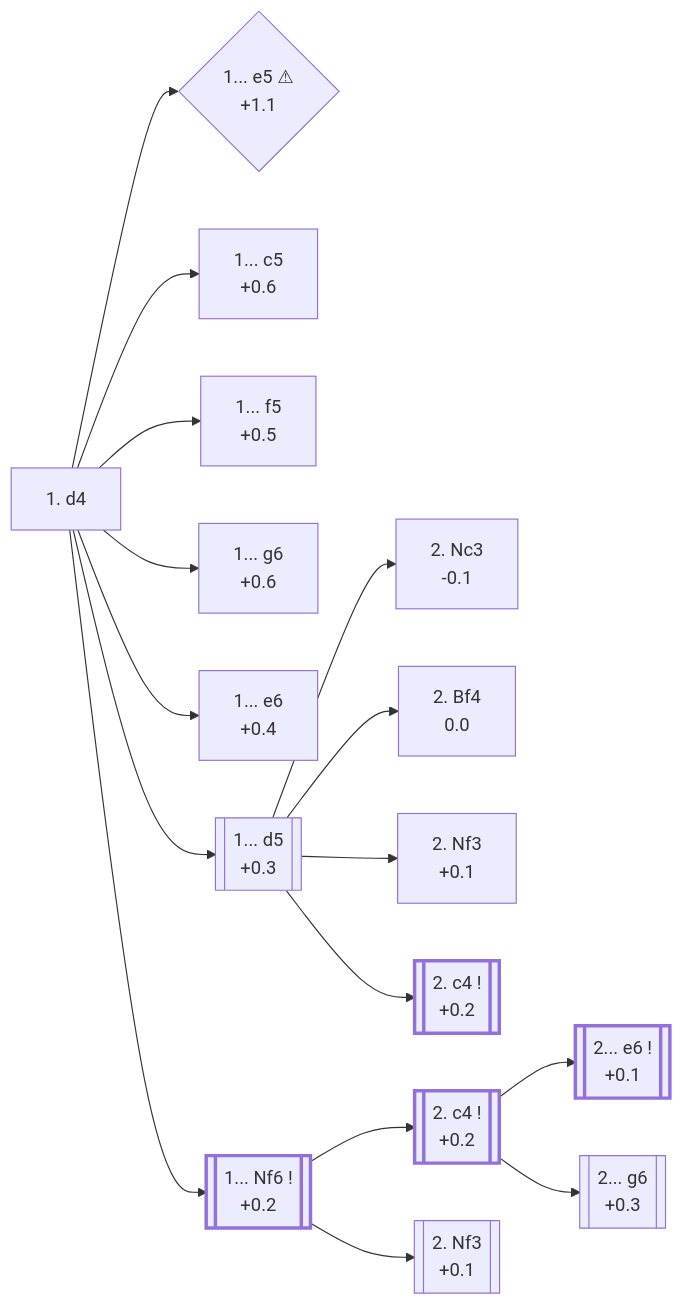
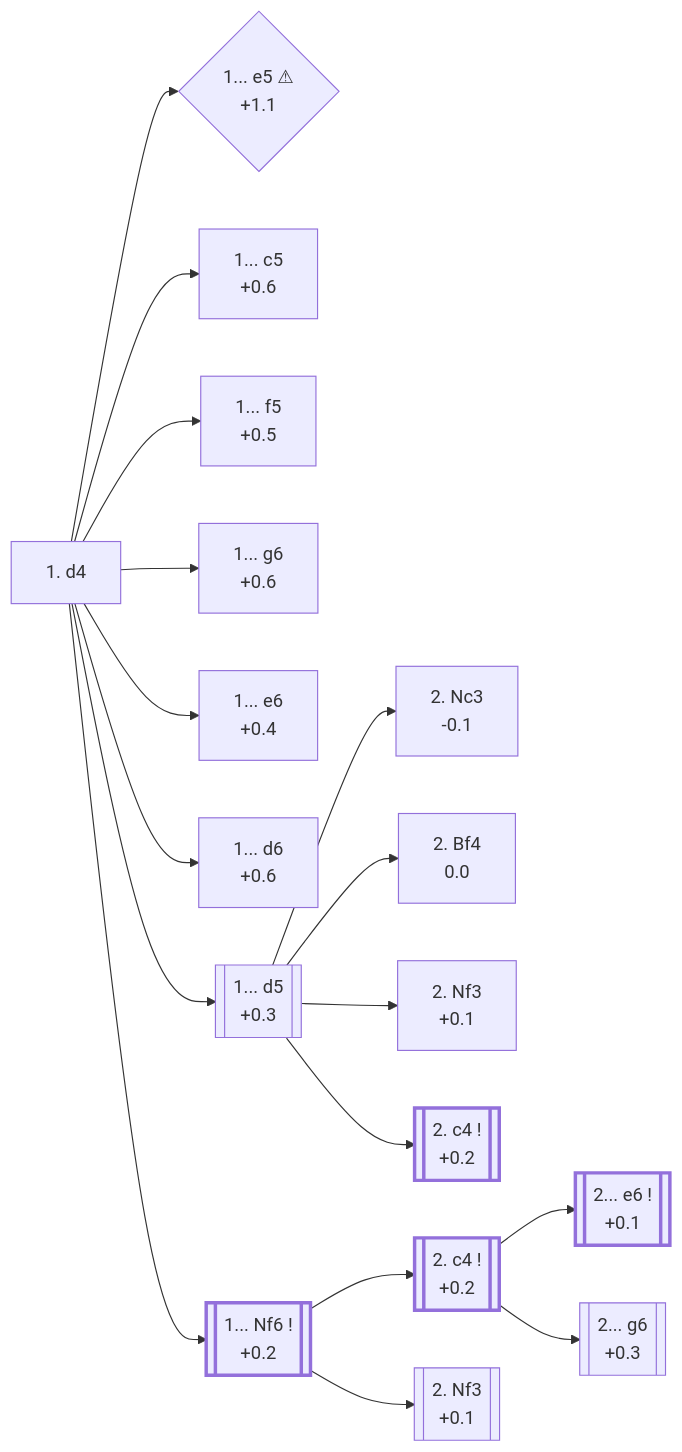
The diagram in d4_openings/A40_QPG.md (onclemarcel/chess_flashcards), drawn with Mermaid before and after one commit. The commit also changed other lines of this file and 24 other files, not shown here.

````diff
--- a/d4_openings/A40_QPG.md
+++ b/d4_openings/A40_QPG.md
@@ -12,41 +12,43 @@
 ```mermaid
 flowchart LR
     classDef main stroke-width:3px;
 
     d4["1. d4"]
     click d4 "#_d4_" "A40 · Queen's Pawn Game"
 
     d4 --> e5a{"1... e5 ⚠<br/>+1.1"}
     click e5a "#_e5_" "A40 · Englund Gambit"
     d4 --> c5a["1... c5<br/>+0.6"]
     click c5a "#_c5_" "A43 · Benoni Defense: Old Benoni"
     d4 --> f5a["1... f5<br/>+0.5"]
     click f5a "https://github.com/onclemarcel/chess_flashcards/blob/main/d4_openings/A81_Dutch.md" "A81 · Dutch Defense: Semi-Leningrad Variation"
     d4 --> g6a["1... g6<br/>+0.6"]
     click g6a "#_g6_" "A40 · Queen's Pawn Game: Modern Defense"
     d4 --> e6a["1... e6<br/>+0.4"]
     click e6a "#_e6_" "A40 · Queen's Pawn Game"
+    d4 --> d6a["1... d6<br/>+0.6"]
+    click d6a "https://github.com/onclemarcel/chess_flashcards/blob/main/d4_openings/A41_Queens_Pawn_Game.md" "A41 · Queen's Pawn Game"
     d4 --> d5a[["1... d5<br/>+0.3"]]
     click d5a "#_d5_" "D00 · Queen's Pawn Game"
 
     d5a --> Nc3d["2. Nc3<br/>-0.1"]
     click Nc3d "https://github.com/onclemarcel/chess_flashcards/blob/main/d4_openings/D01_Richter_Veresov_Attack.md" "D01 · Richter-Veresov Attack"
     d5a --> Bf4d["2. Bf4<br/>0.0"]
     click Bf4d "#_d5_" "D00 · Queen's Pawn Game: Accelerated London System"
     d5a --> Nf3d["2. Nf3<br/>+0.1"]
     click Nf3d "https://github.com/onclemarcel/chess_flashcards/blob/main/d4_openings/D02_Zukertort_Variation.md" "D02 · Queen's Pawn Game: Zukertort Variation"
     d5a --> c4d[["2. c4 !<br/>+0.2"]]:::main
     click c4d "https://github.com/onclemarcel/chess_flashcards/blob/main/d4_openings/D06_Queens_Gambit.md" "D06 · Queen's Gambit"
     d4 --> Nf6[["1... Nf6 !<br/>+0.2"]]:::main
     click Nf6 "#_Nf6_" "A45 · Indian Defense"
 
     Nf6 --> c4b[["2. c4 !<br/>+0.2"]]:::main
     click c4b "#_Nf6_c4_" "A50 · Indian Defense: Normal Variation"
     Nf6 --> Nf3b[["2. Nf3<br/>+0.1"]]
     click Nf3b "#_Nf6_Nf3_" "A46 · Indian Defense: Knights Variation"
 
     c4b --> e6c[["2... e6 !<br/>+0.1"]]:::main
     click e6c "https://github.com/onclemarcel/chess_flashcards/blob/main/d4_openings/E20_Nimzo_QI_Fork.md" "E20 · Nimzo-Indian Defense"
     c4b --> g6c[["2... g6<br/>+0.3"]]
     click g6c "https://github.com/onclemarcel/chess_flashcards/blob/main/d4_openings/E61_KID_Grunfeld_Fork.md" "E61 · King's Indian Defense"
 ```
````
